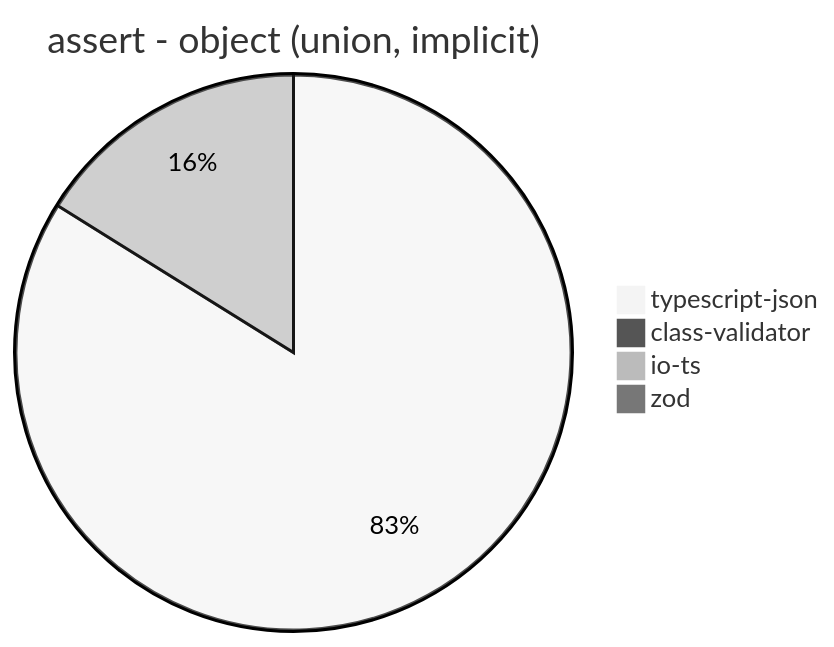
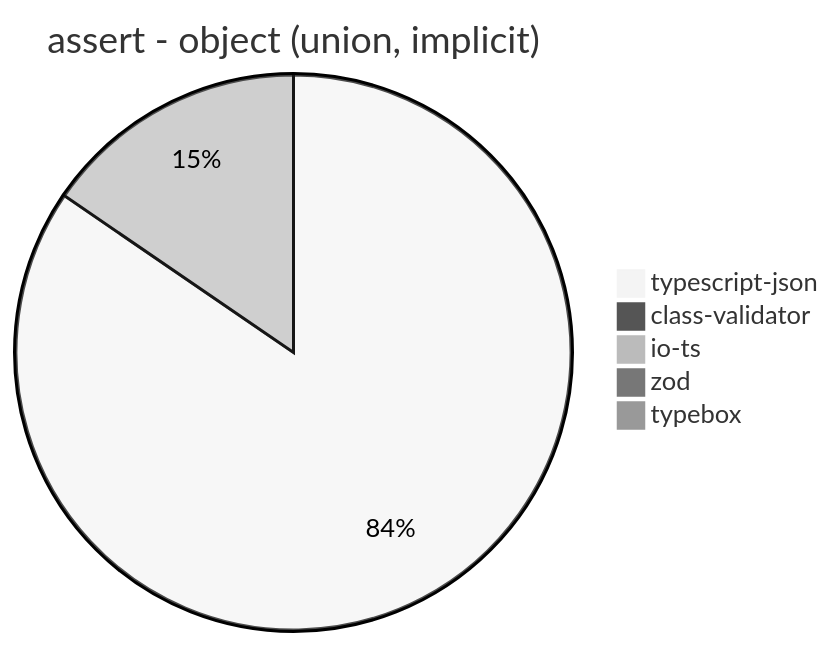
Before and after one commit to samchon/typia: diagram 12 of 39 in benchmark/results/AMD Ryzen 7 5800H with Radeon Graphics.md, drawn with Mermaid (neutral theme). The commit also changed other lines of this file and 6 other files, not shown here.

````diff
--- a/benchmark/results/AMD Ryzen 7 5800H with Radeon Graphics.md
+++ b/benchmark/results/AMD Ryzen 7 5800H with Radeon Graphics.md
@@ -145,7 +156,8 @@
 ```mermaid
 pie title assert - object (union, implicit)
-  "typescript-json": 4664.796380090497
-  "class-validator": 17.299107142857142
-  "io-ts": 897.3980439195424
-  "zod": 53.044452745610755
+  "typescript-json": 4729.312247149687
+  "class-validator": 16.458672454331705
+  "io-ts": 863.8005780346822
+  "zod": 53.455019556714475
+  "typebox": 0
 ```
````
